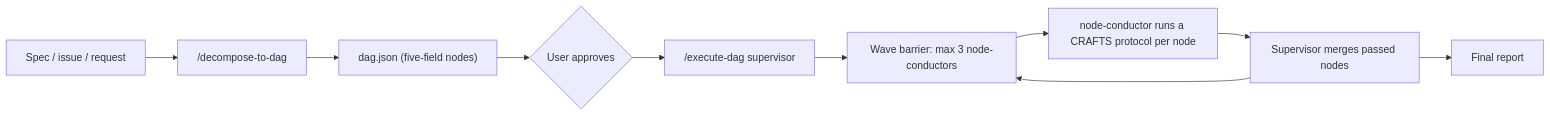
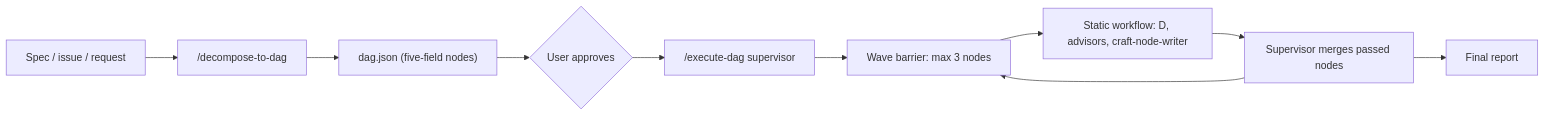
One commit to kylerberry/craft-harness changed the second of 2 diagrams in README.md. Above: the diagram before and after it, drawn with Mermaid. The commit also changed other lines of this file and 14 other files, not shown here.

First line of the commit message:
feat: flatten DAG execution onto a static wave workflow

````diff
--- a/README.md
+++ b/README.md
@@ -117,12 +117,12 @@
 ```mermaid
 flowchart LR
     SPEC["Spec / issue / request"] --> DEC["/decompose-to-dag"]
     DEC --> DAG["dag.json (five-field nodes)"]
     DAG --> APPROVE{"User approves"}
     APPROVE --> EXE["/execute-dag supervisor"]
-    EXE --> WAVE["Wave barrier: max 3 node-conductors"]
-    WAVE --> NC["node-conductor runs a CRAFTS protocol per node"]
-    NC --> MERGE["Supervisor merges passed nodes"]
+    EXE --> WAVE["Wave barrier: max 3 nodes"]
+    WAVE --> SCRIPT["Static workflow: D, advisors, craft-node-writer"]
+    SCRIPT --> MERGE["Supervisor merges passed nodes"]
     MERGE --> WAVE
     MERGE --> REPORT["Final report"]
 ```
````
